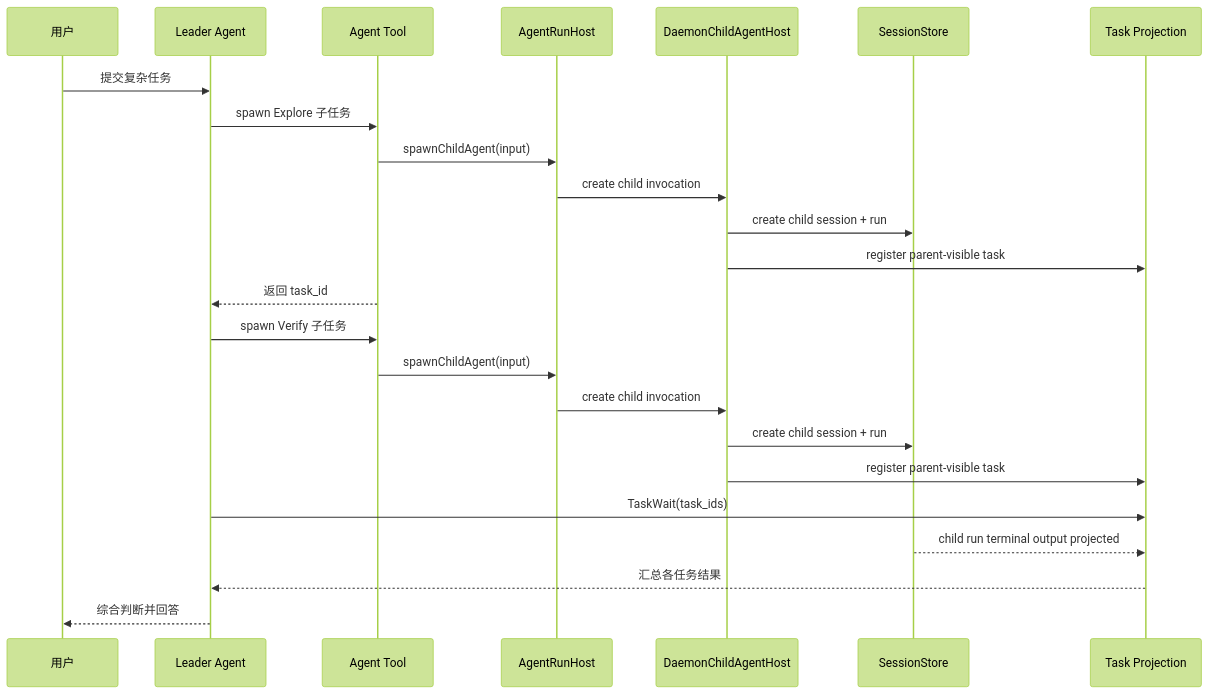
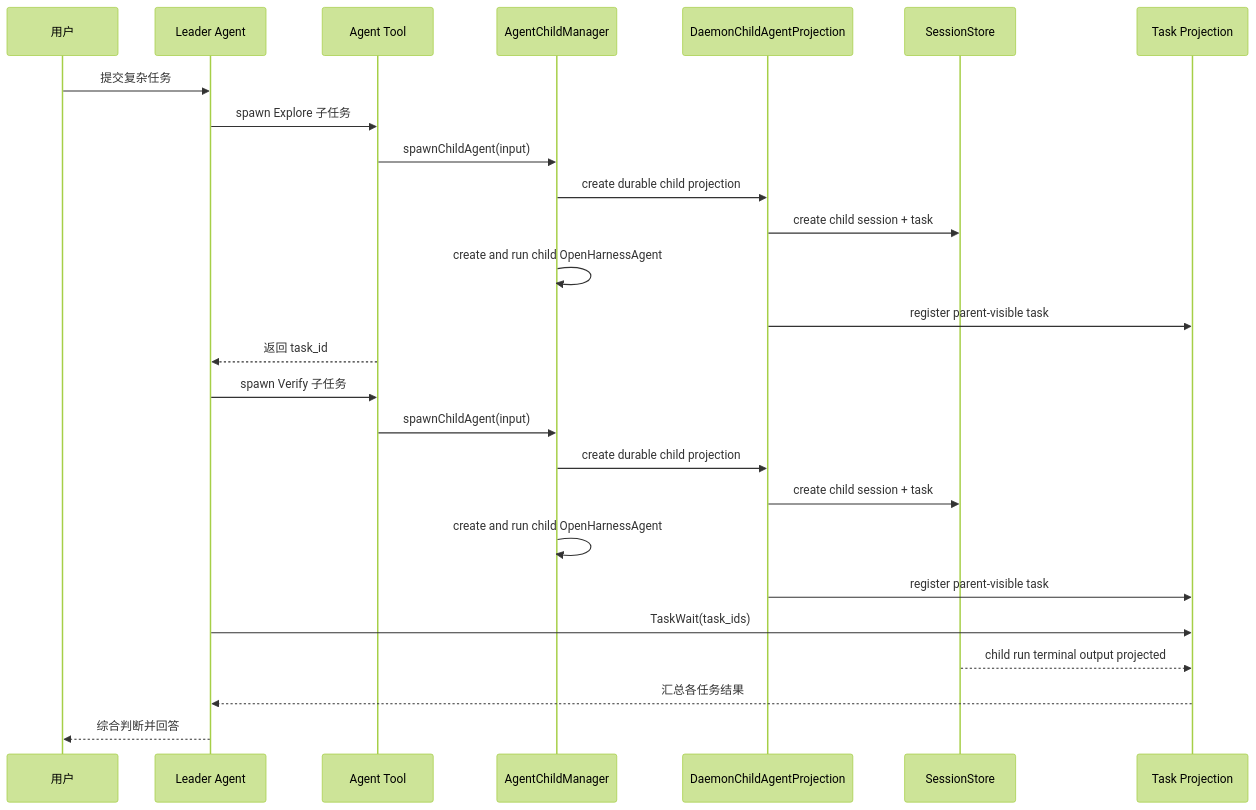
One commit to rzx007/openharness-ts changed the sixth of 7 diagrams in docs/agent-application-architecture.md. Above: the diagram before and after it, drawn with Mermaid (forest theme). The commit also changed other lines of this file and 23 other files, not shown here.

Commit message:
docs: establish authoritative agent daemon architecture

````diff
--- a/docs/agent-application-architecture.md
+++ b/docs/agent-application-architecture.md
@@ -638,27 +640,29 @@
 ```mermaid
 sequenceDiagram
   participant U as 用户
   participant L as Leader Agent
   participant A as Agent Tool
-  participant H as AgentRunHost
-  participant D as DaemonChildAgentHost
+  participant M as AgentChildManager
+  participant D as DaemonChildAgentProjection
   participant S as SessionStore
   participant T as Task Projection
 
   U->>L: 提交复杂任务
   L->>A: spawn Explore 子任务
-  A->>H: spawnChildAgent(input)
-  H->>D: create child invocation
-  D->>S: create child session + run
+  A->>M: spawnChildAgent(input)
+  M->>D: create durable child projection
+  D->>S: create child session + task
+  M->>M: create and run child OpenHarnessAgent
   D->>T: register parent-visible task
   A-->>L: 返回 task_id
   L->>A: spawn Verify 子任务
-  A->>H: spawnChildAgent(input)
-  H->>D: create child invocation
-  D->>S: create child session + run
+  A->>M: spawnChildAgent(input)
+  M->>D: create durable child projection
+  D->>S: create child session + task
+  M->>M: create and run child OpenHarnessAgent
   D->>T: register parent-visible task
   L->>T: TaskWait(task_ids)
   S-->>T: child run terminal output projected
   T-->>L: 汇总各任务结果
   L-->>U: 综合判断并回答
 ```
````
